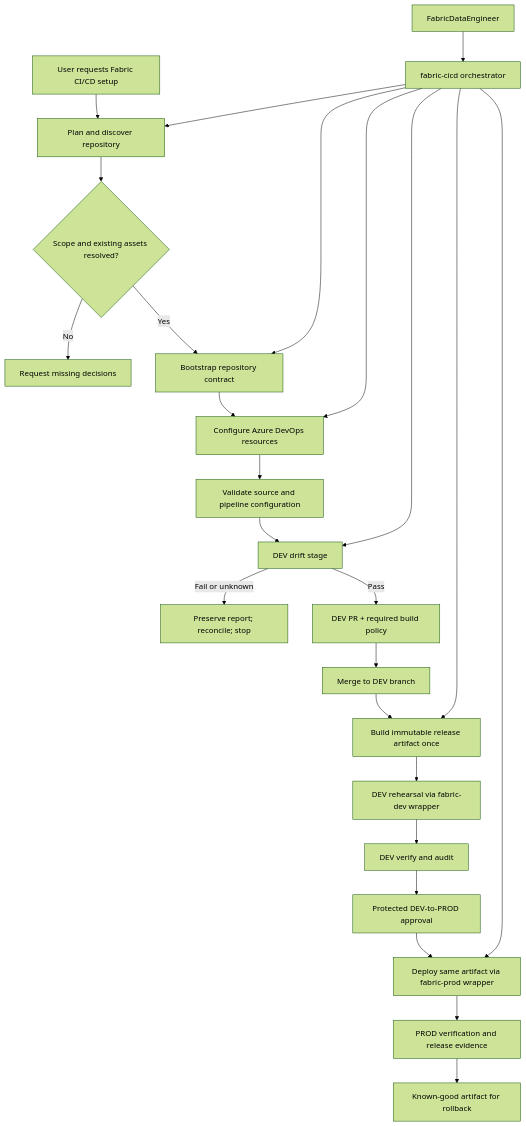
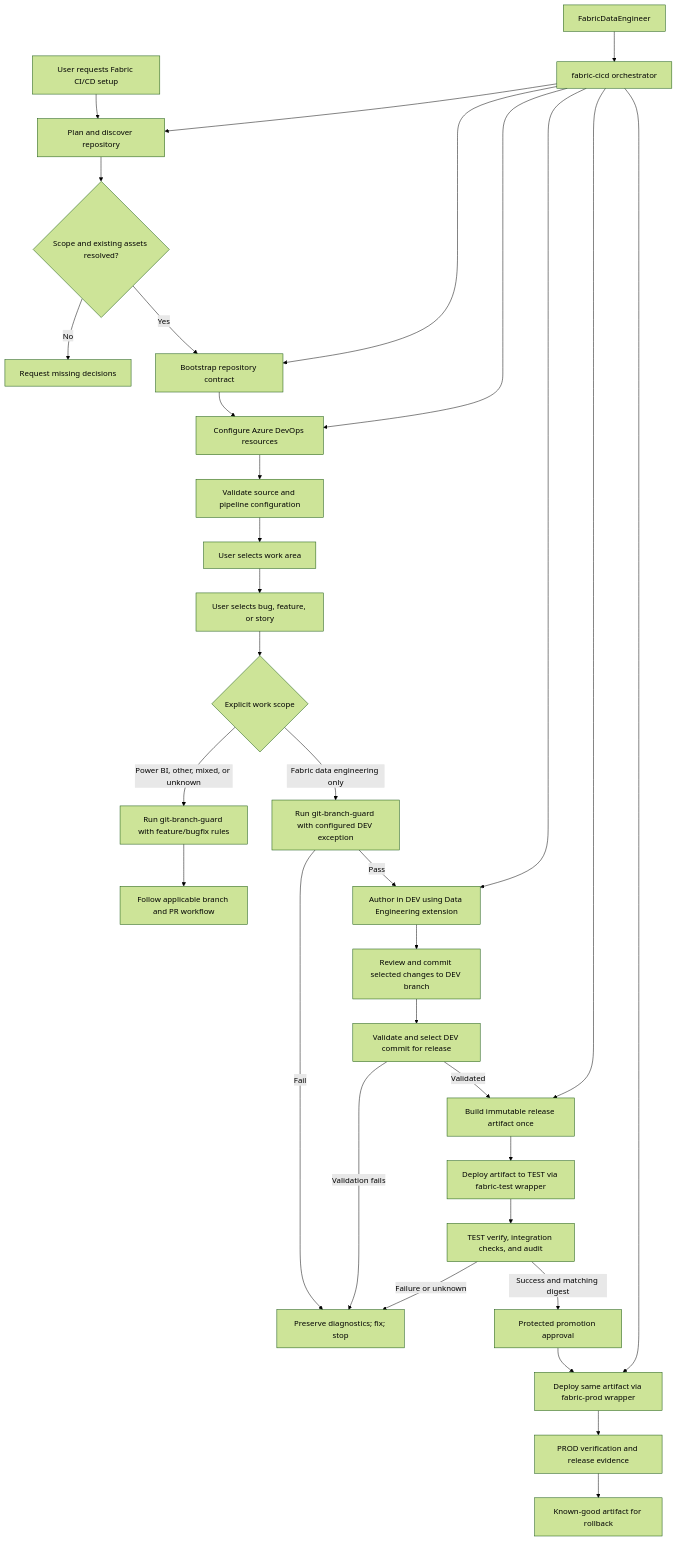
The diagram in openspec/changes/fin-2060-fabric-cicd-lifecycle/design.md (YuriChadour/powerbi-agentic-plugins), drawn with Mermaid (forest theme) before and after one commit. The commit also changed other lines of this file and 8 other files, not shown here.

Commit message:
FIN-2060 Plan Fabric DEV lifecycle and branch guard

````diff
--- a/openspec/changes/fin-2060-fabric-cicd-lifecycle/design.md
+++ b/openspec/changes/fin-2060-fabric-cicd-lifecycle/design.md
@@ -28,27 +28,35 @@
 ```mermaid
 flowchart TD
     U[User requests Fabric CI/CD setup] --> P[Plan and discover repository]
     P --> R{Scope and existing assets resolved?}
     R -->|No| Q[Request missing decisions]
     R -->|Yes| B[Bootstrap repository contract]
     B --> C[Configure Azure DevOps resources]
     C --> V[Validate source and pipeline configuration]
-    V --> D[DEV drift stage]
-    D -->|Fail or unknown| X[Preserve report; reconcile; stop]
-    D -->|Pass| G[DEV PR + required build policy]
-    G --> M[Merge to DEV branch]
-    M --> A[Build immutable release artifact once]
-    A --> E[DEV rehearsal via fabric-dev wrapper]
-    E --> V2[DEV verify and audit]
-    V2 --> H[Protected DEV-to-PROD approval]
+    V --> WA[User selects work area]
+    WA --> WT[User selects bug, feature, or story]
+    WT --> SC{Explicit work scope}
+    SC -->|Fabric data engineering only| BG[Run git-branch-guard with configured DEV exception]
+    SC -->|Power BI, other, mixed, or unknown| BF[Run git-branch-guard with feature/bugfix rules]
+    BF --> BP[Follow applicable branch and PR workflow]
+    BG -->|Pass| D[Author in DEV using Data Engineering extension]
+    BG -->|Fail| X[Preserve diagnostics; fix; stop]
+    D --> G[Review and commit selected changes to DEV branch]
+    G --> M[Validate and select DEV commit for release]
+    M -->|Validation fails| X[Preserve diagnostics; fix; stop]
+    M -->|Validated| A[Build immutable release artifact once]
+    A --> E[Deploy artifact to TEST via fabric-test wrapper]
+    E --> V2[TEST verify, integration checks, and audit]
+    V2 -->|Success and matching digest| H[Protected promotion approval]
+    V2 -->|Failure or unknown| X
     H --> W[Deploy same artifact via fabric-prod wrapper]
     W --> Z[PROD verification and release evidence]
     Z --> K[Known-good artifact for rollback]
     S[FabricDataEngineer] --> O[fabric-cicd orchestrator]
     O --> P
     O --> B
     O --> C
     O --> D
     O --> A
     O --> W
 ```
````
